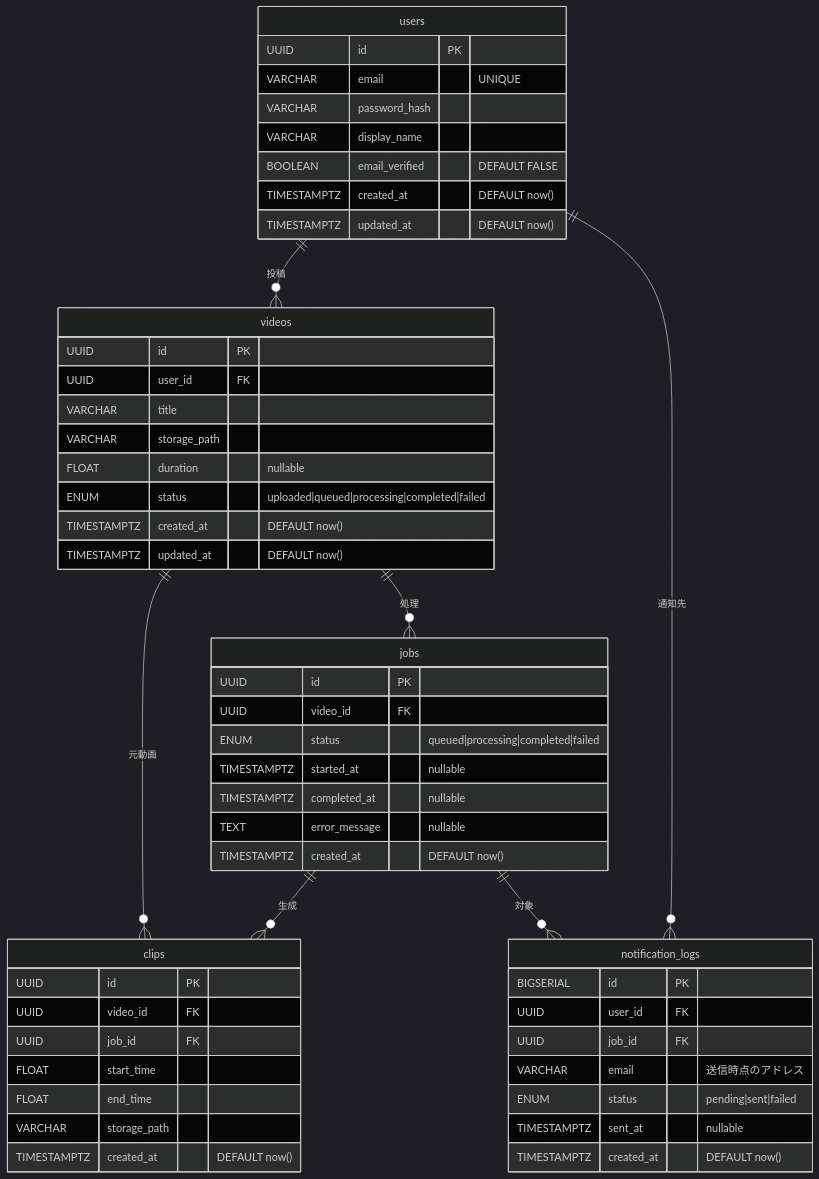
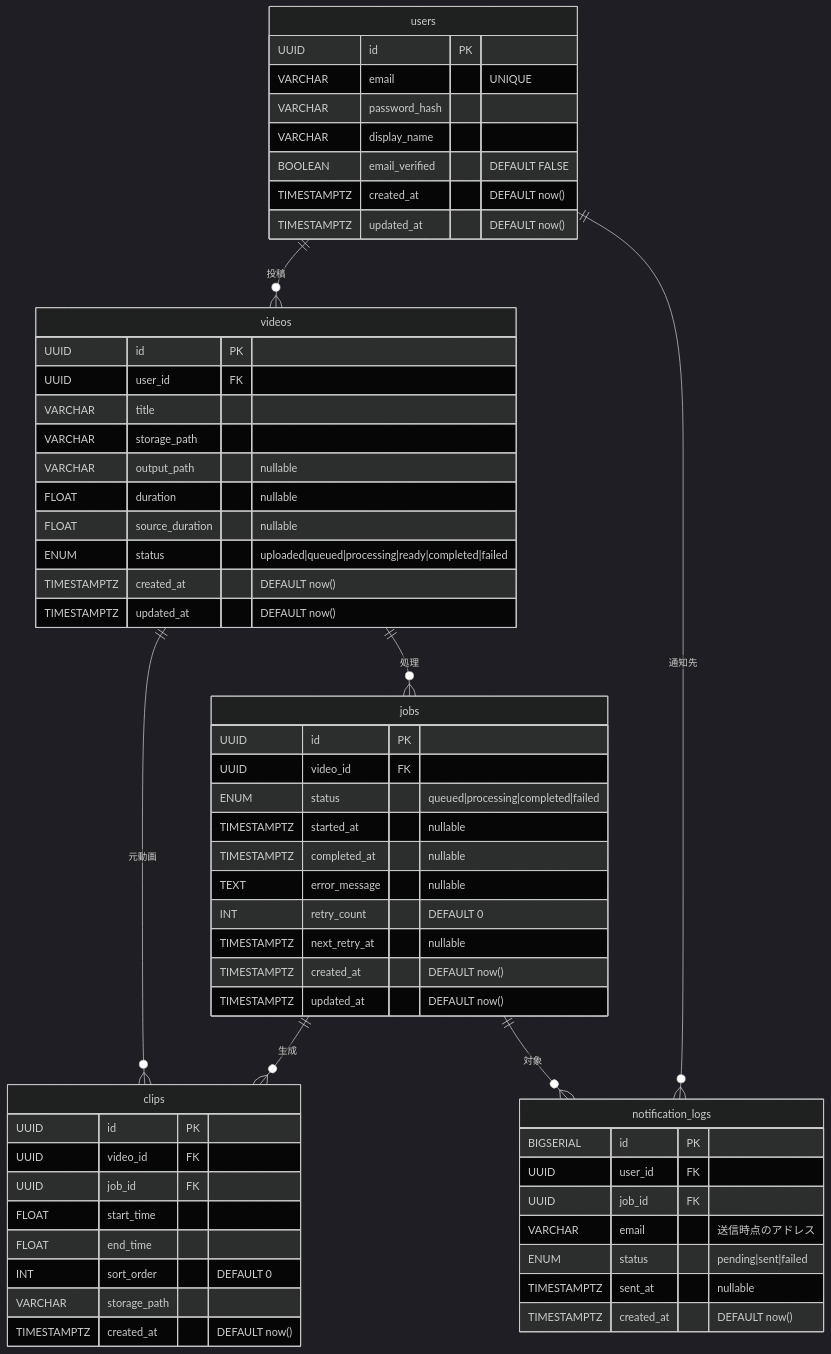
Before and after one commit to TakuM-M/Visuable_for_you_tabletennis: the diagram in docs/DataModel.md, drawn with Mermaid (dark theme). The commit also changed other lines of this file and 22 other files, not shown here.

````diff
--- a/docs/DataModel.md
+++ b/docs/DataModel.md
@@ -5,60 +5,66 @@
 ```mermaid
 erDiagram
     users {
         UUID id PK
         VARCHAR email "UNIQUE"
         VARCHAR password_hash
         VARCHAR display_name
         BOOLEAN email_verified "DEFAULT FALSE"
         TIMESTAMPTZ created_at "DEFAULT now()"
         TIMESTAMPTZ updated_at "DEFAULT now()"
     }
 
     videos {
         UUID id PK
         UUID user_id FK
         VARCHAR title
         VARCHAR storage_path
+        VARCHAR output_path "nullable"
         FLOAT duration "nullable"
-        ENUM status "uploaded|queued|processing|completed|failed"
+        FLOAT source_duration "nullable"
+        ENUM status "uploaded|queued|processing|ready|completed|failed"
         TIMESTAMPTZ created_at "DEFAULT now()"
         TIMESTAMPTZ updated_at "DEFAULT now()"
     }
 
     jobs {
         UUID id PK
         UUID video_id FK
         ENUM status "queued|processing|completed|failed"
         TIMESTAMPTZ started_at "nullable"
         TIMESTAMPTZ completed_at "nullable"
         TEXT error_message "nullable"
+        INT retry_count "DEFAULT 0"
+        TIMESTAMPTZ next_retry_at "nullable"
         TIMESTAMPTZ created_at "DEFAULT now()"
+        TIMESTAMPTZ updated_at "DEFAULT now()"
     }
 
     clips {
         UUID id PK
         UUID video_id FK
         UUID job_id FK
         FLOAT start_time
         FLOAT end_time
+        INT sort_order "DEFAULT 0"
         VARCHAR storage_path
         TIMESTAMPTZ created_at "DEFAULT now()"
     }
 
     notification_logs {
         BIGSERIAL id PK
         UUID user_id FK
         UUID job_id FK
         VARCHAR email "送信時点のアドレス"
         ENUM status "pending|sent|failed"
         TIMESTAMPTZ sent_at "nullable"
         TIMESTAMPTZ created_at "DEFAULT now()"
     }
 
     users ||--o{ videos : "投稿"
     videos ||--o{ jobs : "処理"
     jobs ||--o{ clips : "生成"
     videos ||--o{ clips : "元動画"
     users ||--o{ notification_logs : "通知先"
     jobs ||--o{ notification_logs : "対象"
 ```
````
